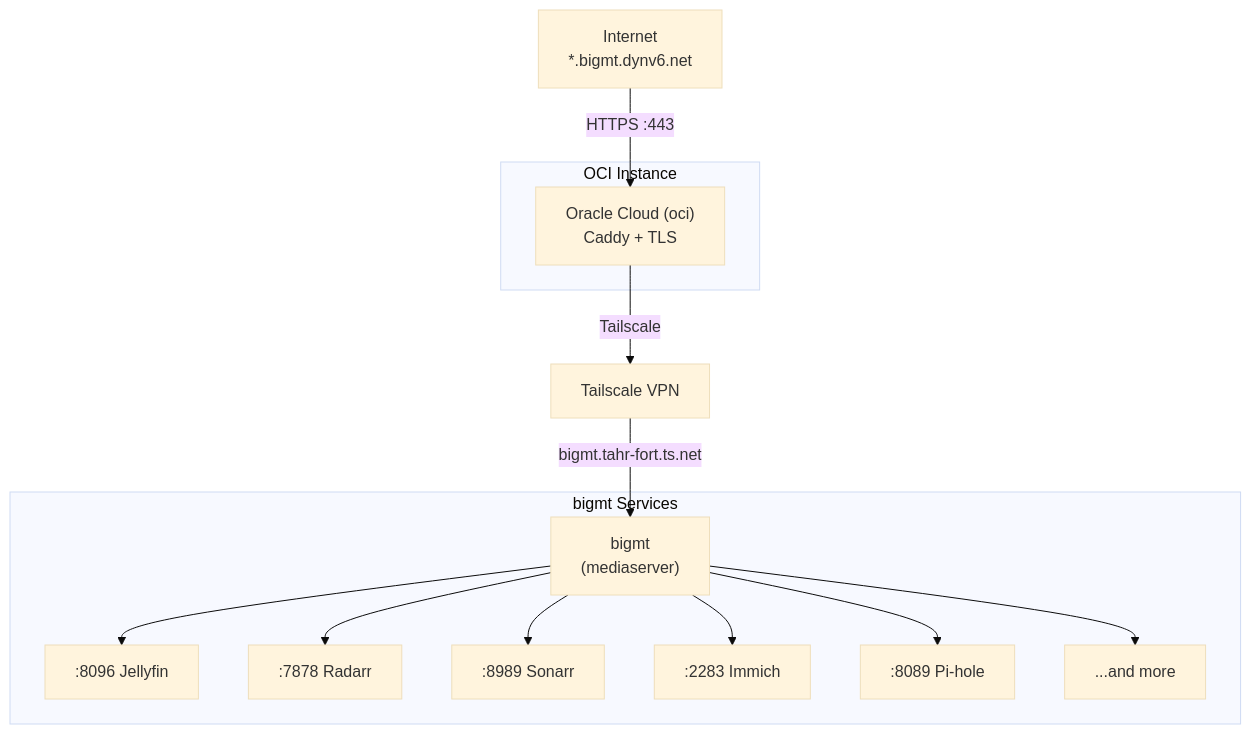
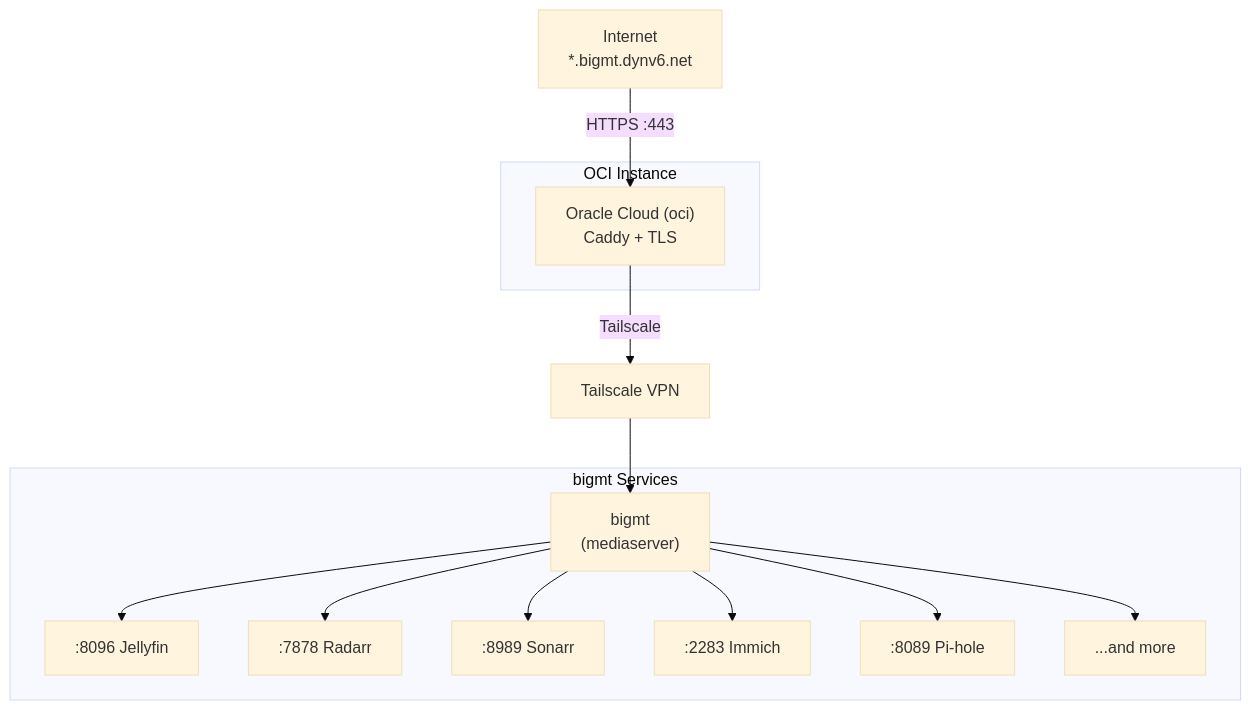
One commit to Geckuss/bigmt-mediaserver changed the first of 3 diagrams in README.md. Above: the diagram before and after it, drawn with Mermaid (base theme). The commit also changed other lines of this file and 3 other files, not shown here.

````diff
--- a/README.md
+++ b/README.md
@@ -9,24 +9,24 @@
 ```mermaid
 graph TB
     Internet["Internet<br/>*.bigmt.dynv6.net"]
     OCI["Oracle Cloud (oci)<br/>Caddy + TLS"]
     TS["Tailscale VPN"]
     bigmt["bigmt<br/>(mediaserver)"]
 
     Internet -->|HTTPS :443| OCI
     OCI -->|Tailscale| TS
-    TS -->|bigmt.tahr-fort.ts.net| bigmt
+    TS -->|<TAILSCALE_HOSTNAME>| bigmt
 
     subgraph OCI Instance
         OCI
     end
 
     subgraph bigmt Services
         bigmt --> Jellyfin[":8096 Jellyfin"]
         bigmt --> Radarr[":7878 Radarr"]
         bigmt --> Sonarr[":8989 Sonarr"]
         bigmt --> Immich[":2283 Immich"]
         bigmt --> Pihole[":8089 Pi-hole"]
         bigmt --> More["...and more"]
     end
 ```
````
